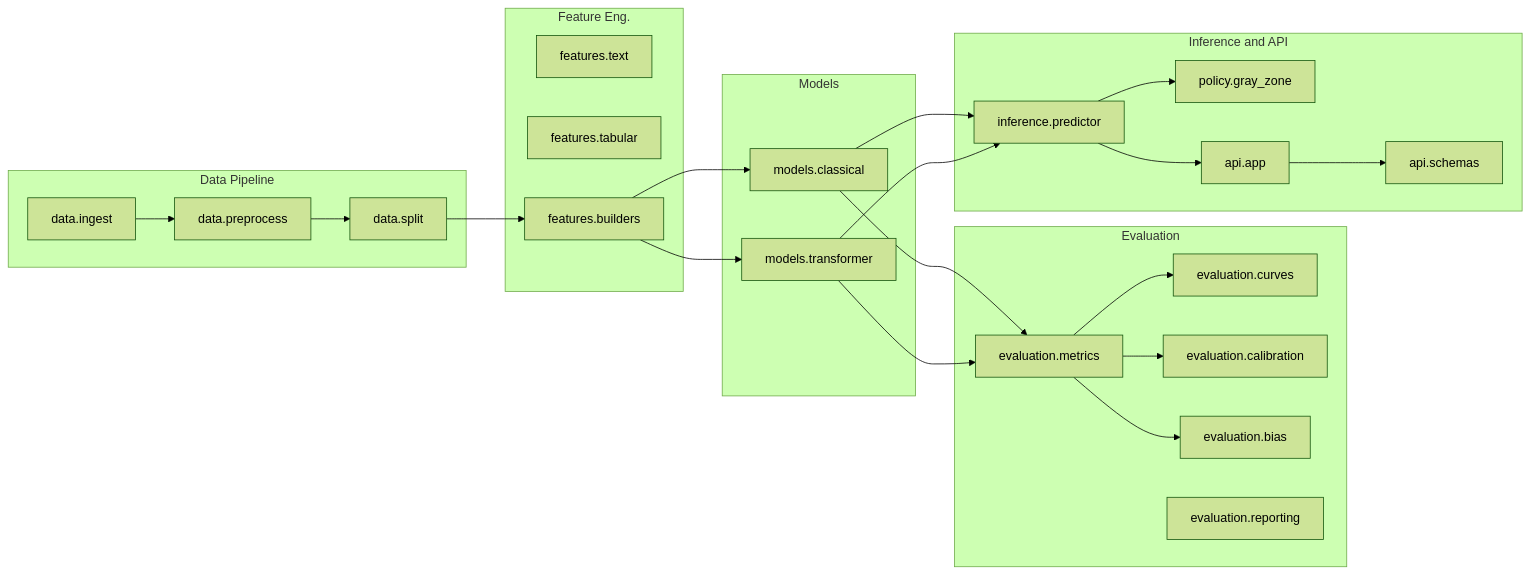
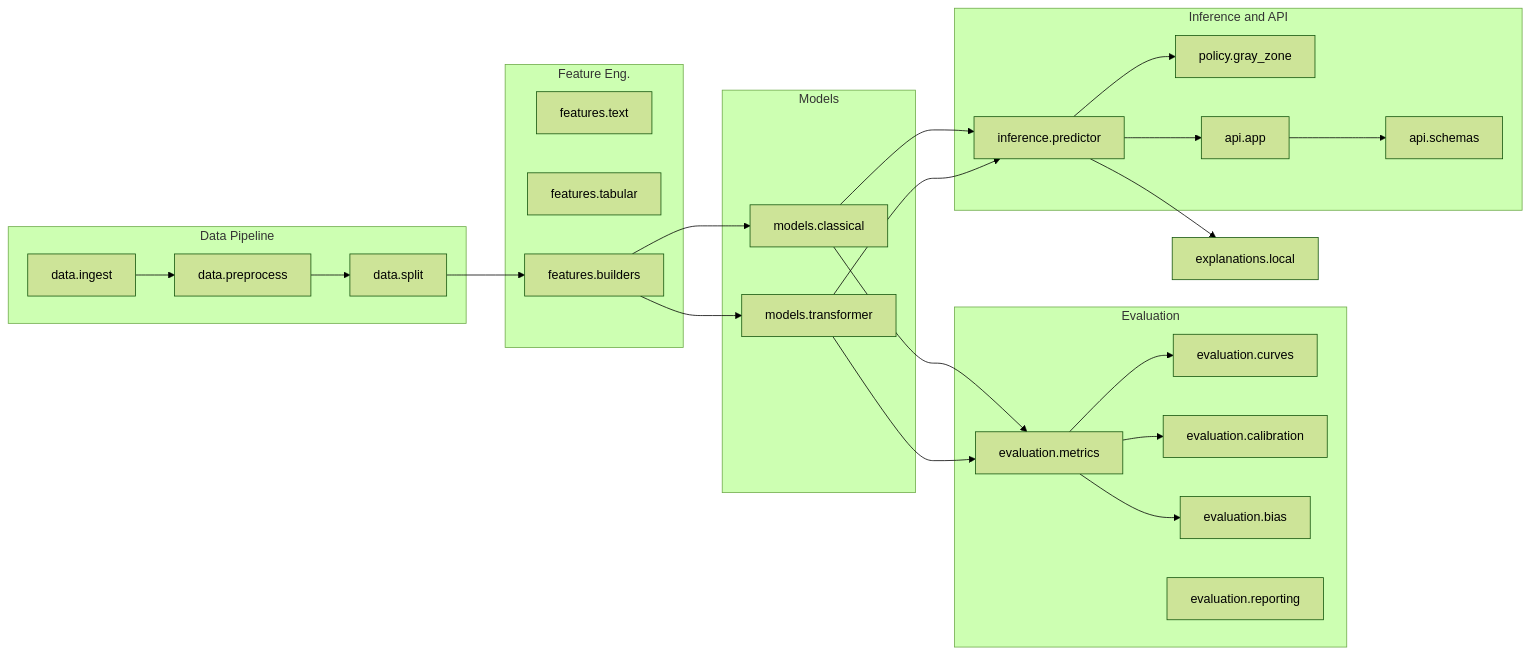
Before and after one commit to hoangsonww/Spot-the-Scam-AI-Job-Fraud: the second of 5 diagrams in ARCHITECTURE.md, drawn with Mermaid (forest theme). The commit also changed other lines of this file and 60 other files, not shown here.

````diff
--- a/ARCHITECTURE.md
+++ b/ARCHITECTURE.md
@@ -53,44 +56,45 @@
 ```mermaid
 graph LR
     subgraph Data Pipeline
         D1[data.ingest]
         D2[data.preprocess]
         D3[data.split]
     end
     subgraph Feature Eng.
         F1[features.text]
         F2[features.tabular]
         F3[features.builders]
     end
     subgraph Models
         M1[models.classical]
         M2[models.transformer]
     end
     subgraph Evaluation
         E1[evaluation.metrics]
         E2[evaluation.curves]
         E3[evaluation.calibration]
         E4[evaluation.bias]
         E5[evaluation.reporting]
     end
     subgraph Inference and API
         I1[inference.predictor]
         I2[policy.gray_zone]
         I3[api.schemas]
         I4[api.app]
     end
 
     D1 --> D2 --> D3 --> F3
     F3 --> M1
     F3 --> M2
     M1 --> E1
     M2 --> E1
     E1 --> E2
     E1 --> E3
     E1 --> E4
     M1 --> I1
     M2 --> I1
     I1 --> I2
     I1 --> I4
     I4 --> I3
+    I1 --> I5[explanations.local]
 ```
````
